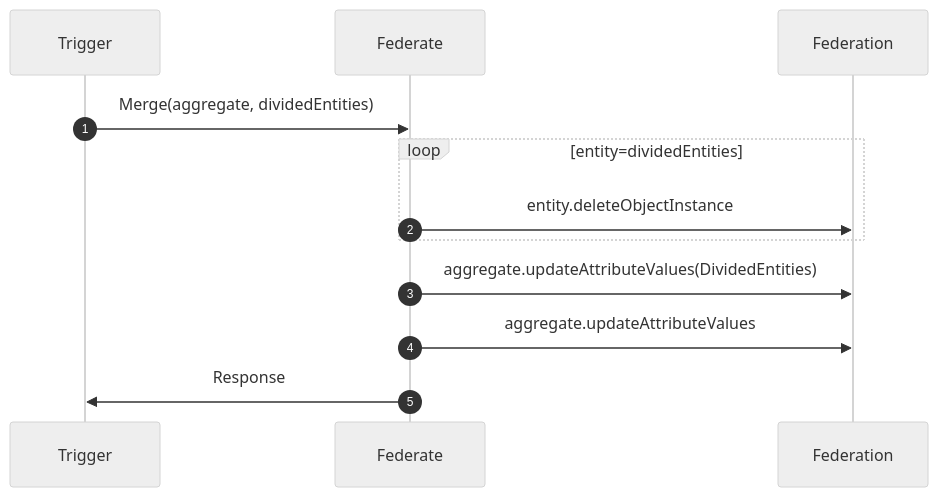
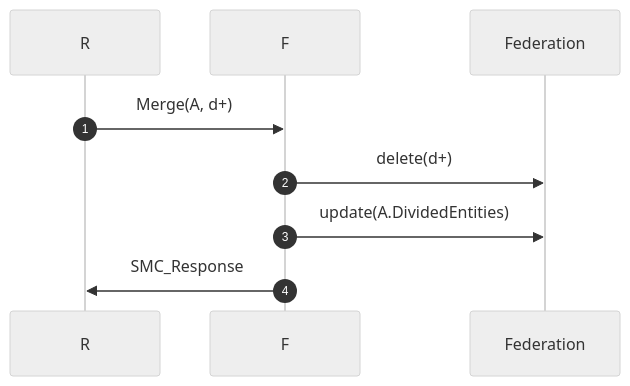
Before and after one commit to AMSP-04/NETN-MRM: the seventh of 9 diagrams in NETN-MRM.md, drawn with Mermaid (neutral theme). The commit also changed other lines of this file and 4 other files, not shown here.

````diff
--- a/NETN-MRM.md
+++ b/NETN-MRM.md
@@ -269,13 +248,12 @@
 ```mermaid 
-sequenceDiagram
+sequenceDiagram 
 autonumber
  
-Trigger->>Federate: Merge(aggregate, dividedEntities) 
-loop entity=dividedEntities 
-Federate->>Federation: entity.deleteObjectInstance 
-end 
-Federate->>Federation: aggregate.updateAttributeValues(DividedEntities) 
-Federate->>Federation: aggregate.updateAttributeValues 
-Federate->>Trigger: Response 
+R->>F: Merge(A, d+) 
+F->>Federation: delete(d+) 
+
+F->>Federation: update(A.DividedEntities)
+
+F->>R: SMC_Response 
  
 ``` 
````
